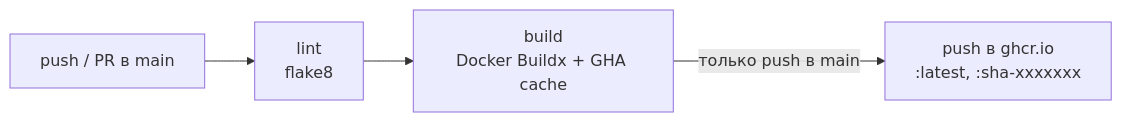
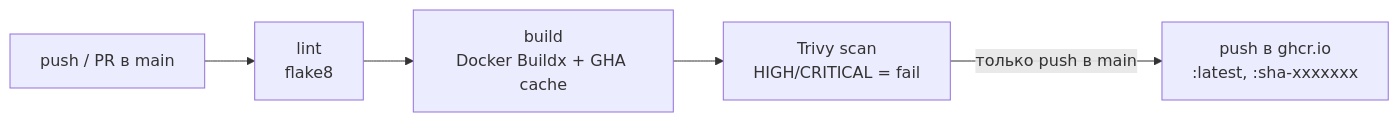
The second of 2 diagrams in README.ru.md (madimuk/devops-todo-app), drawn with Mermaid before and after one commit. The commit also changed other lines of this file and 1 other file, not shown here.

Commit message:
docs: add Trivy and Dependabot to README

````diff
--- a/README.ru.md
+++ b/README.ru.md
@@ -50,6 +51,7 @@
 ```mermaid
 flowchart LR
     push[push / PR в main] --> lint[lint<br/>flake8]
     lint --> build[build<br/>Docker Buildx + GHA cache]
-    build -->|только push в main| publish[push в ghcr.io<br/>:latest, :sha-xxxxxxx]
+    build --> scan[Trivy scan<br/>HIGH/CRITICAL = fail]
+    scan -->|только push в main| publish[push в ghcr.io<br/>:latest, :sha-xxxxxxx]
 ```
````
